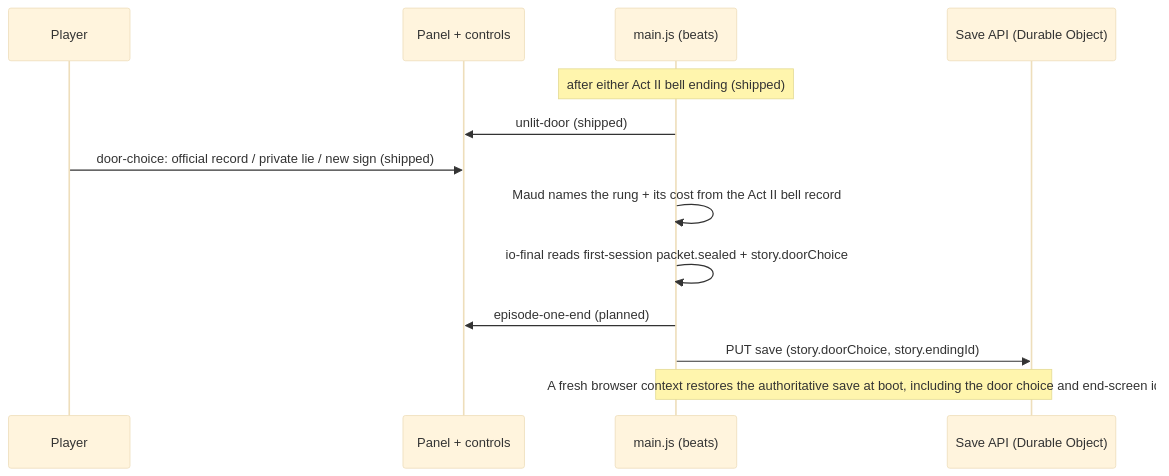
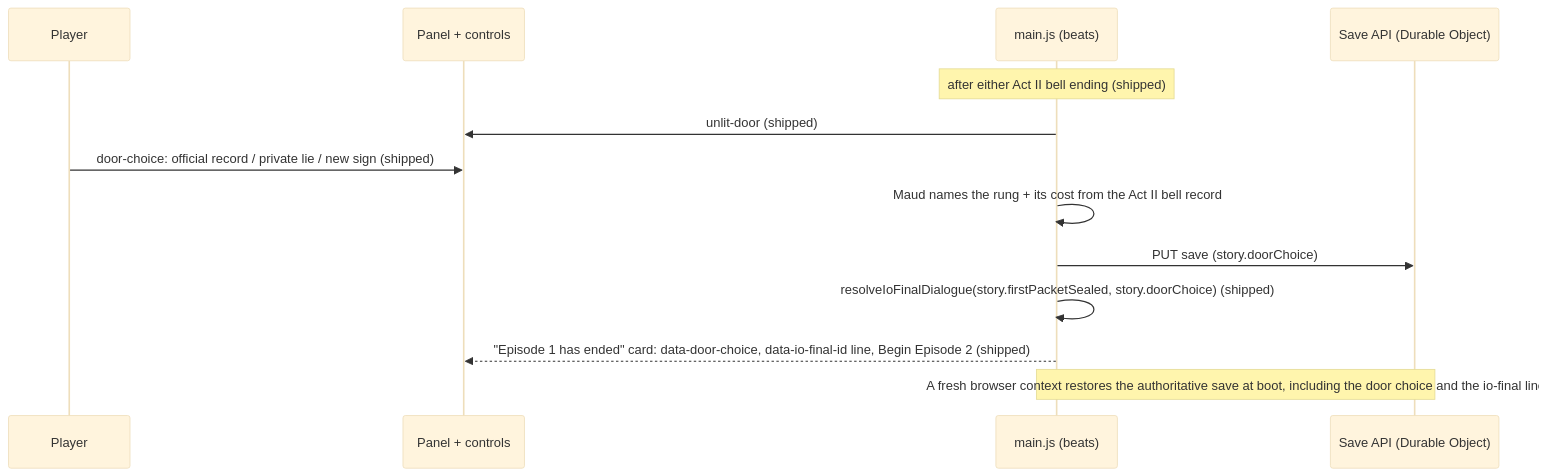
The fifth of 6 diagrams in docs/plan/architecture/README.md (phynars/oodim-game), drawn with Mermaid (base theme) before and after one commit. The commit also changed other lines of this file, not shown here.

````diff
--- a/docs/plan/architecture/README.md
+++ b/docs/plan/architecture/README.md
@@ -271,16 +271,16 @@
 ```mermaid
 sequenceDiagram
   participant P as Player
   participant UI as Panel + controls
   participant G as main.js (beats)
   participant S as Save API (Durable Object)
 
   Note over G: after either Act II bell ending (shipped)
   G->>UI: unlit-door (shipped)
   P->>UI: door-choice: official record / private lie / new sign (shipped)
   G->>G: Maud names the rung + its cost from the Act II bell record
-  G->>G: io-final reads first-session packet.sealed + story.doorChoice
-  G->>UI: episode-one-end (planned)
-  G->>S: PUT save (story.doorChoice, story.endingId)
-  Note over G,S: A fresh browser context restores the authoritative save at boot, including the door choice and end-screen id
+  G->>S: PUT save (story.doorChoice)
+  G->>G: resolveIoFinalDialogue(story.firstPacketSealed, story.doorChoice) (shipped)
+  G-->>UI: "Episode 1 has ended" card: data-door-choice, data-io-final-id line, Begin Episode 2 (shipped)
+  Note over G,S: A fresh browser context restores the authoritative save at boot, including the door choice and the io-final line
 ```
````
